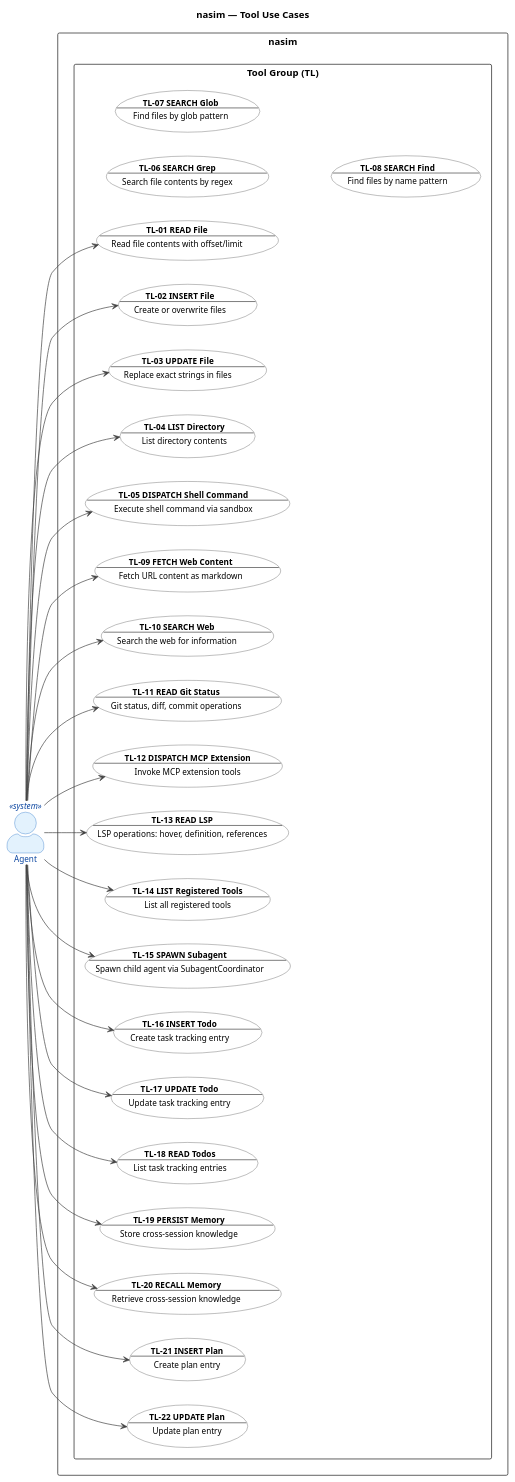
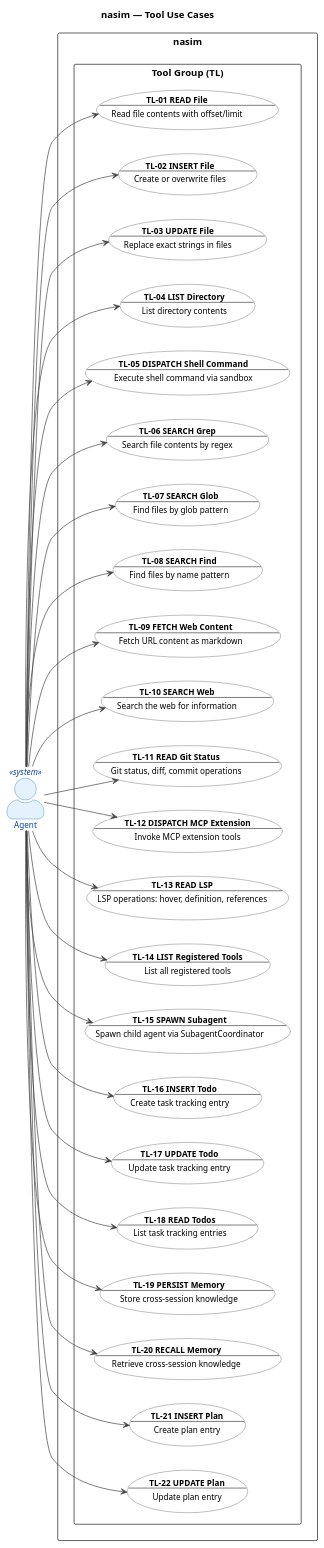
Diagram 13 of 22 in UC.md (salimnamvar/nasim), drawn with PlantUML before and after one commit. The commit also changed other lines of this file and 5 other files, not shown here.

First line of the commit message:
docs: Refactor state machine and use case diagrams for clarity and consistency

```diff
--- a/UC.md
+++ b/UC.md
@@ -1311,6 +1334,9 @@
 Agent --> TL03
 Agent --> TL04
 Agent --> TL05
+Agent --> TL06
+Agent --> TL07
+Agent --> TL08
 Agent --> TL09
 Agent --> TL10
 Agent --> TL11
```
